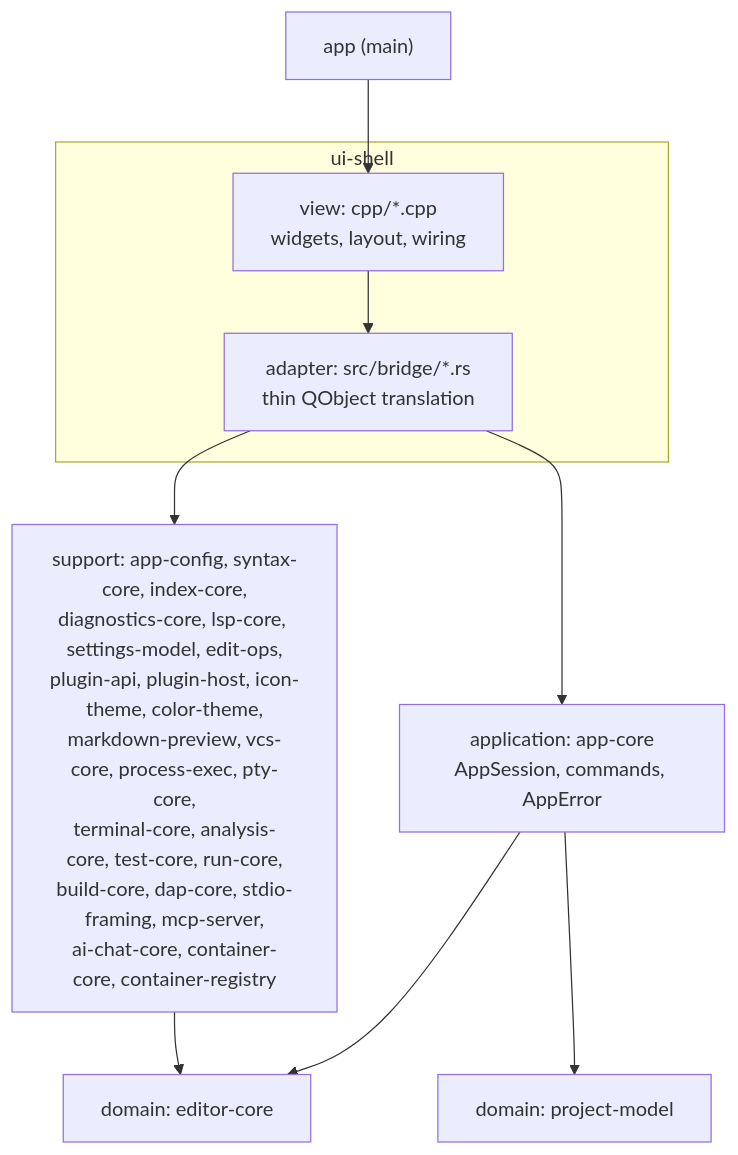
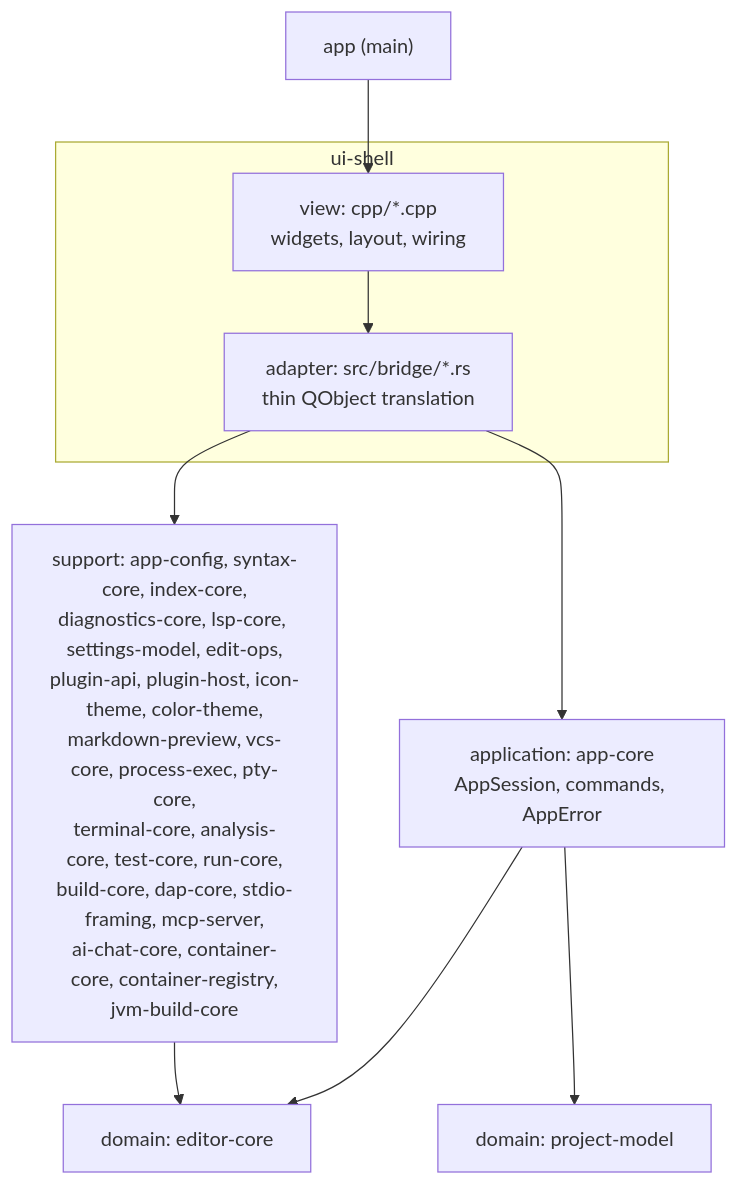
The diagram in docs/architecture/overview.md (floriankraemer/kestrel-ide), drawn with Mermaid before and after one commit. The commit also changed other lines of this file and 6 other files, not shown here.

First line of the commit message:
docs(jvm-build-core): E1 — overview/layering truthful, ADR-0057 accepted

````diff
--- a/docs/architecture/overview.md
+++ b/docs/architecture/overview.md
@@ -29,12 +29,12 @@
 ```mermaid
 graph TB
     app["app (main)"] --> view
     subgraph uishell["ui-shell"]
         view["view: cpp/*.cpp<br/>widgets, layout, wiring"] --> adapter["adapter: src/bridge/*.rs<br/>thin QObject translation"]
     end
     adapter --> appcore["application: app-core<br/>AppSession, commands, AppError"]
-    adapter --> support["support: app-config, syntax-core, index-core,<br/>diagnostics-core, lsp-core, settings-model, edit-ops,<br/>plugin-api, plugin-host, icon-theme, color-theme,<br/>markdown-preview, vcs-core, process-exec, pty-core,<br/>terminal-core, analysis-core, test-core, run-core,<br/>build-core, dap-core, stdio-framing, mcp-server,<br/>ai-chat-core, container-core, container-registry"]
+    adapter --> support["support: app-config, syntax-core, index-core,<br/>diagnostics-core, lsp-core, settings-model, edit-ops,<br/>plugin-api, plugin-host, icon-theme, color-theme,<br/>markdown-preview, vcs-core, process-exec, pty-core,<br/>terminal-core, analysis-core, test-core, run-core,<br/>build-core, dap-core, stdio-framing, mcp-server,<br/>ai-chat-core, container-core, container-registry,<br/>jvm-build-core"]
     appcore --> editorcore["domain: editor-core"]
     appcore --> projectmodel["domain: project-model"]
     support --> editorcore
 ```
````
